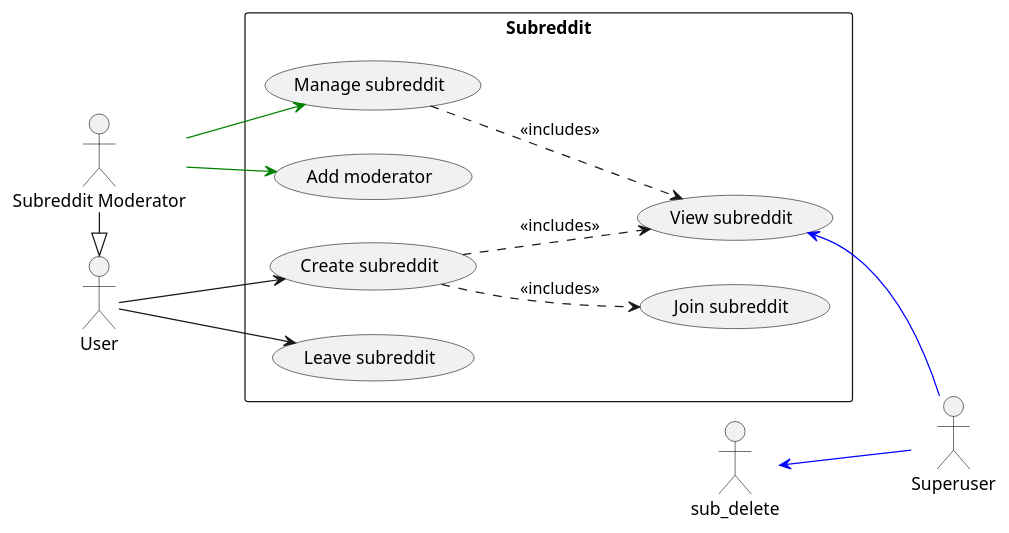
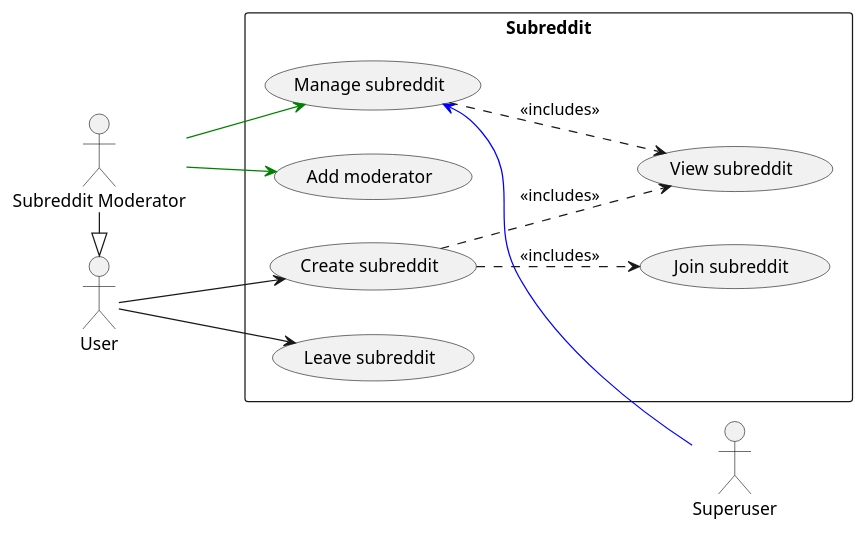
The diagram in use_case_subreddit.puml (Huy-Ngo/reddit-design), drawn with PlantUML before and after one commit.

```diff
--- a/use_case_subreddit.puml
+++ b/use_case_subreddit.puml
@@ -1,32 +1,31 @@
 @startuml
 skinparam packageStyle rectangle
 left to right direction
 actor "User" as user
 actor "Subreddit Moderator" as mod
 actor "Superuser" as su
 mod -|> user
 
 rectangle Subreddit as sub {
   usecase "Create subreddit" as sub_create
   usecase "View subreddit" as sub_read
   usecase "Manage subreddit" as sub_manage
   usecase "Add moderator" as sub_add_mod
 
   usecase "Join subreddit" as sub_join
   usecase "Leave subreddit" as sub_leave
 }
 
 user --> sub_create
 user --> sub_leave
 
 mod -[#green]-> sub_manage
 mod -[#green]-> sub_add_mod
 
-sub_read    <-[#blue]- su
-sub_delete  <-[#blue]- su
+sub_manage    <-[#blue]- su
 
 sub_create ..> sub_read : <<includes>>
 sub_create ..> sub_join : <<includes>>
 sub_manage ..> sub_read : <<includes>>
 
 @enduml
```
